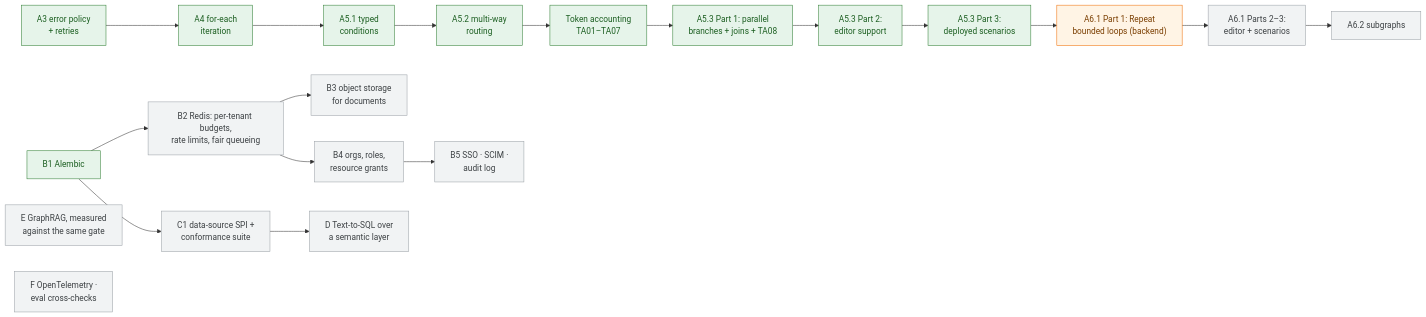
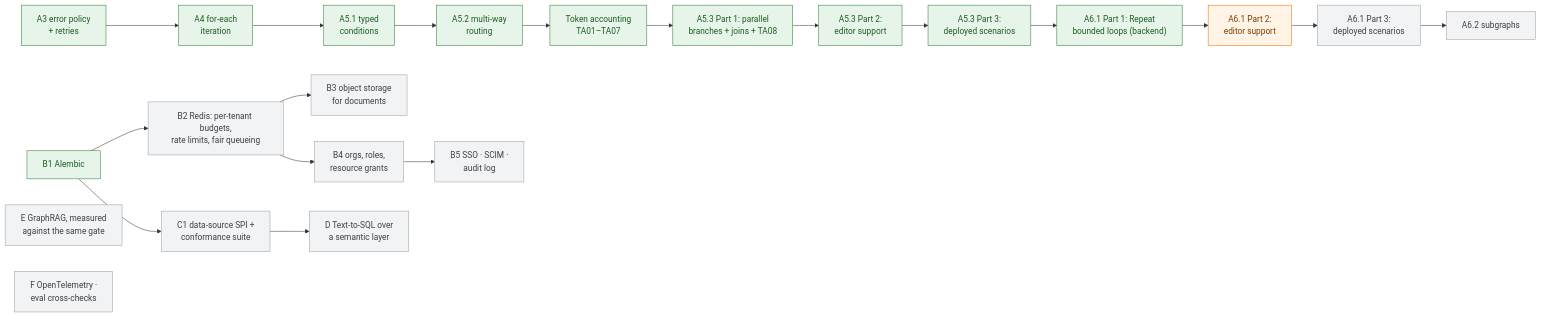
Before and after one commit to SoumithReddy6/Enterprise-No-Code-Agentic-AI-Workflow-Platform: the seventh of 7 diagrams in README.md, drawn with Mermaid. The commit also changed other lines of this file and 58 other files, not shown here.

Commit message:
A6.1 Part 2: build a Repeat in the editor (palette, body and check ports, stop rule, iterations in the run view)

````diff
--- a/README.md
+++ b/README.md
@@ -441,15 +441,15 @@
 ```mermaid
 flowchart LR
     classDef done fill:#e6f4ea,stroke:#2e7d32,color:#1b5e20
     classDef next fill:#fff4e5,stroke:#ef6c00,color:#7a3e00
     classDef later fill:#f1f3f4,stroke:#9aa0a6,color:#3c4043
 
     A3["A3 error policy<br/>+ retries"]:::done --> A4["A4 for-each<br/>iteration"]:::done --> A51["A5.1 typed<br/>conditions"]:::done
-    A51 --> A52["A5.2 multi-way<br/>routing"]:::done --> TA["Token accounting<br/>TA01–TA07"]:::done --> A53["A5.3 Part 1: parallel<br/>branches + joins + TA08"]:::done --> A53E["A5.3 Part 2:<br/>editor support"]:::done --> A53S["A5.3 Part 3:<br/>deployed scenarios"]:::done --> A61["A6.1 Part 1: Repeat<br/>bounded loops (backend)"]:::next --> A61E["A6.1 Parts 2–3:<br/>editor + scenarios"]:::later --> A62["A6.2 subgraphs"]:::later
+    A51 --> A52["A5.2 multi-way<br/>routing"]:::done --> TA["Token accounting<br/>TA01–TA07"]:::done --> A53["A5.3 Part 1: parallel<br/>branches + joins + TA08"]:::done --> A53E["A5.3 Part 2:<br/>editor support"]:::done --> A53S["A5.3 Part 3:<br/>deployed scenarios"]:::done --> A61["A6.1 Part 1: Repeat<br/>bounded loops (backend)"]:::done --> A61E["A6.1 Part 2:<br/>editor support"]:::next --> A61S["A6.1 Part 3:<br/>deployed scenarios"]:::later --> A62["A6.2 subgraphs"]:::later
     B1["B1 Alembic"]:::done --> B2["B2 Redis: per-tenant budgets,<br/>rate limits, fair queueing"]:::later
     B2 --> B3["B3 object storage<br/>for documents"]:::later
     B2 --> B4["B4 orgs, roles,<br/>resource grants"]:::later --> B5["B5 SSO · SCIM ·<br/>audit log"]:::later
     B1 --> C1["C1 data-source SPI +<br/>conformance suite"]:::later --> D["D Text-to-SQL over<br/>a semantic layer"]:::later
     E["E GraphRAG, measured<br/>against the same gate"]:::later
     F["F OpenTelemetry ·<br/>eval cross-checks"]:::later
 ```
````
